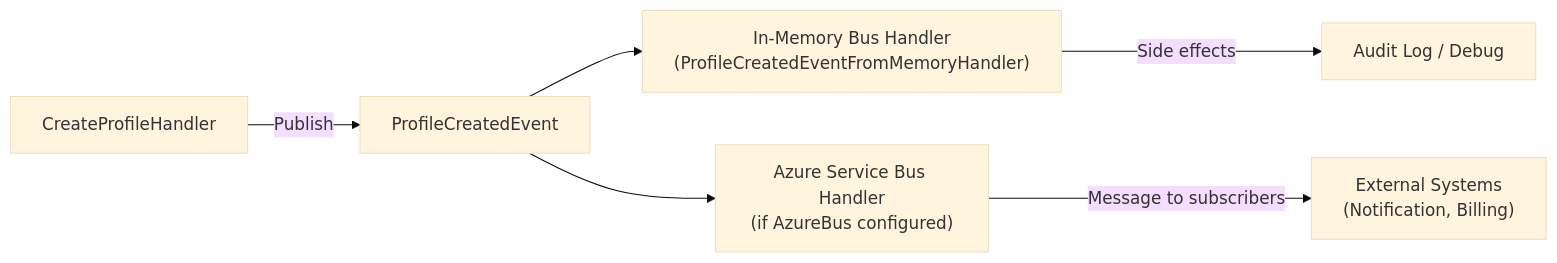
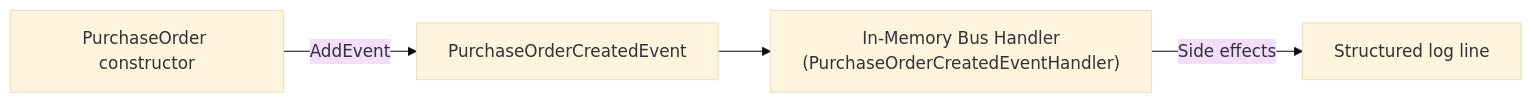
One commit to baoduy/DKNet.Templates changed the fourth of 4 diagrams in .claude/skills/dknet-feature-documentation/SKILL.md. Above: the diagram before and after it, drawn with Mermaid (base theme). The commit also changed other lines of this file and 66 other files, not shown here.

First line of the commit message:
docs(D711-3): rewrite docs and AI guidance through PurchaseOrder/Product samples

````diff
--- a/.claude/skills/dknet-feature-documentation/SKILL.md
+++ b/.claude/skills/dknet-feature-documentation/SKILL.md
@@ -308,10 +314,8 @@
 ```mermaid
 graph LR
-    HDL["CreateProfileHandler"] -->|Publish| EVT["ProfileCreatedEvent"]
+    HDL["PurchaseOrder constructor"] -->|AddEvent| EVT["PurchaseOrderCreatedEvent"]
 
-    EVT --> MEM["In-Memory Bus Handler\n(ProfileCreatedEventFromMemoryHandler)"]
-    EVT --> AZ["Azure Service Bus Handler\n(if AzureBus configured)"]
+    EVT --> MEM["In-Memory Bus Handler\n(PurchaseOrderCreatedEventHandler)"]
 
-    MEM -->|Side effects| LOG["Audit Log / Debug"]
-    AZ -->|Message to subscribers| EXT["External Systems\n(Notification, Billing)"]
+    MEM -->|Side effects| LOG["Structured log line"]
 ```
````
